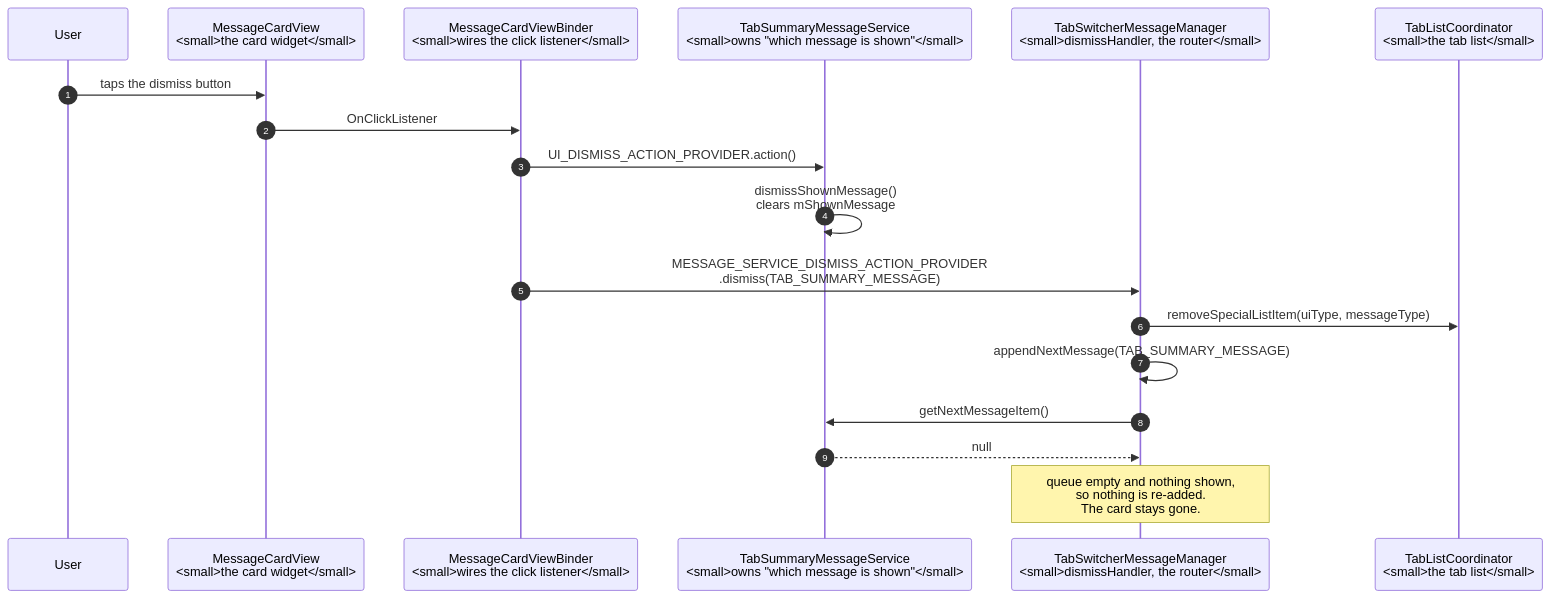
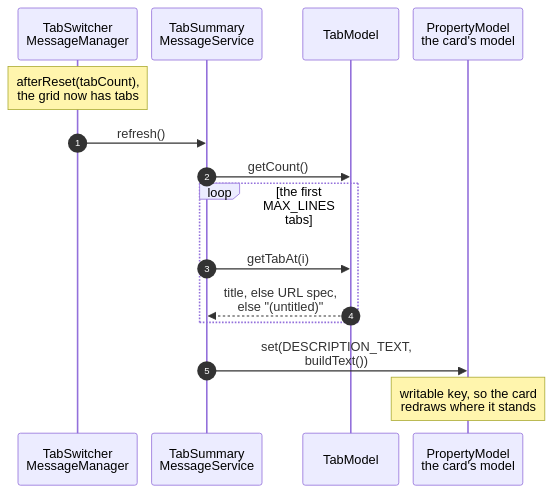
One commit to obeletski/chromium changed the fifth of 10 diagrams in docs/floating_window/tab-summary-android-ui-alternatives.md. Above: the diagram before and after it, drawn with Mermaid. The commit also changed other lines of this file and 13 other files, not shown here.

````diff
--- a/docs/floating_window/tab-summary-android-ui-alternatives.md
+++ b/docs/floating_window/tab-summary-android-ui-alternatives.md
@@ -1259,21 +1047,19 @@
 ```mermaid
+%%{init: {"sequence": {"actorMargin": 18, "width": 120, "boxMargin": 8, "messageFontSize": 13, "noteFontSize": 13}}}%%
 sequenceDiagram
     autonumber
-    participant U as User
-    participant VIEW as MessageCardView<br/><small>the card widget</small>
-    participant BIND as MessageCardViewBinder<br/><small>wires the click listener</small>
-    participant SVC as TabSummaryMessageService<br/><small>owns "which message is shown"</small>
-    participant TSMM as TabSwitcherMessageManager<br/><small>dismissHandler, the router</small>
-    participant TLC as TabListCoordinator<br/><small>the tab list</small>
+    participant TSMM as TabSwitcher<br/>MessageManager
+    participant SVC as TabSummary<br/>MessageService
+    participant TM as TabModel
+    participant MODEL as PropertyModel<br/>the card's model
 
-    U->>VIEW: taps the dismiss button
-    VIEW->>BIND: OnClickListener
-    BIND->>SVC: UI_DISMISS_ACTION_PROVIDER.action()
-    SVC->>SVC: dismissShownMessage()<br/>clears mShownMessage
-    BIND->>TSMM: MESSAGE_SERVICE_DISMISS_ACTION_PROVIDER<br/>.dismiss(TAB_SUMMARY_MESSAGE)
-    TSMM->>TLC: removeSpecialListItem(uiType, messageType)
-    TSMM->>TSMM: appendNextMessage(TAB_SUMMARY_MESSAGE)
-    TSMM->>SVC: getNextMessageItem()
-    SVC-->>TSMM: null
-    Note over TSMM: queue empty and nothing shown,<br/>so nothing is re-added.<br/>The card stays gone.
+    Note over TSMM: afterReset(tabCount),<br/>the grid now has tabs
+    TSMM->>SVC: refresh()
+    SVC->>TM: getCount()
+    loop the first MAX_LINES tabs
+        SVC->>TM: getTabAt(i)
+        TM-->>SVC: title, else URL spec,<br/>else "(untitled)"
+    end
+    SVC->>MODEL: set(DESCRIPTION_TEXT,<br/>buildText())
+    Note over MODEL: writable key, so the card<br/>redraws where it stands
 ```
````
